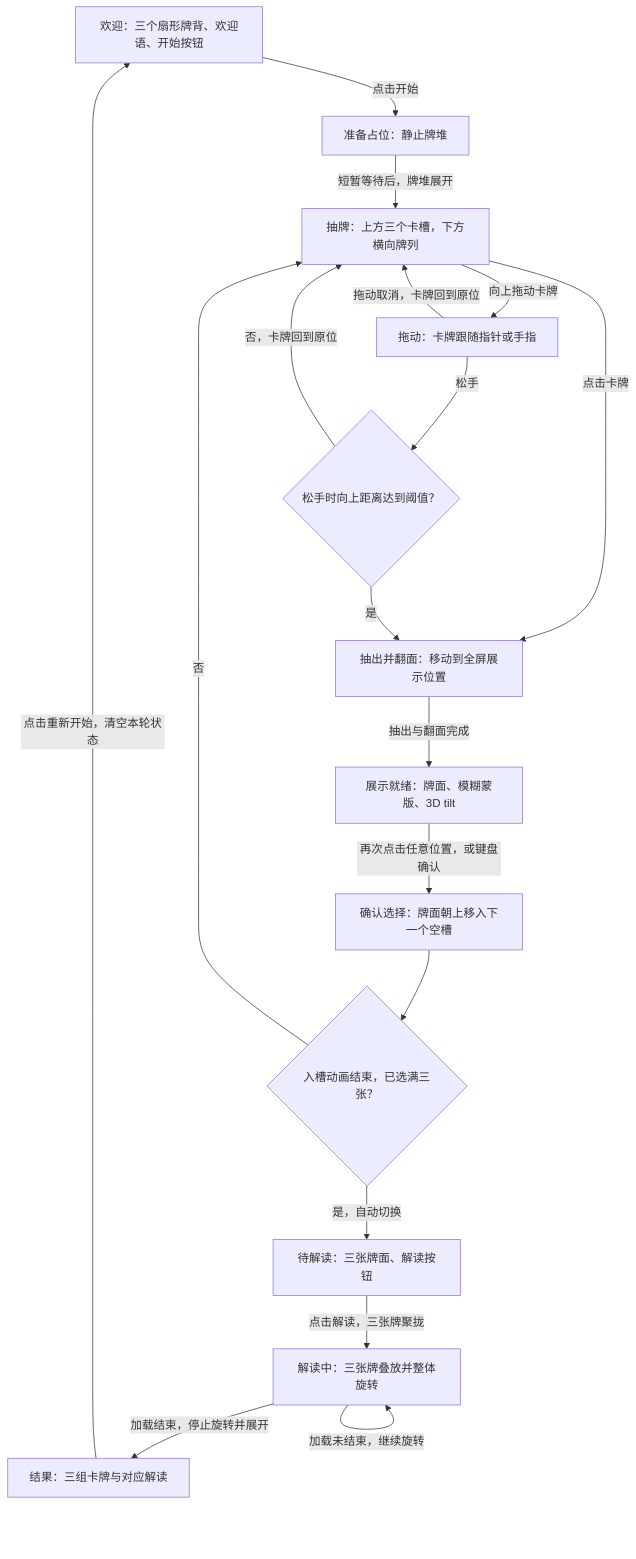
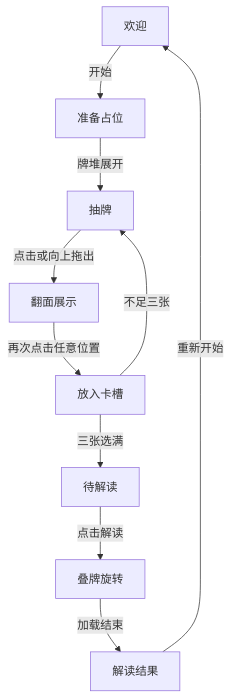
The diagram in src/pages/tarot.spec.md (ziloen/playground-motion), drawn with Mermaid before and after one commit. The commit also changed other lines of this file, not shown here.

````diff
--- a/src/pages/tarot.spec.md
+++ b/src/pages/tarot.spec.md
@@ -25,33 +7,12 @@
 ```mermaid
 flowchart TD
-	Welcome["欢迎：三个扇形牌背、欢迎语、开始按钮"]
-	Prepare["准备占位：静止牌堆"]
-	Draw["抽牌：上方三个卡槽，下方横向牌列"]
-	Drag["拖动：卡牌跟随指针或手指"]
-	Threshold{"松手时向上距离达到阈值？"}
-	Reveal["抽出并翻面：移动到全屏展示位置"]
-	Inspect["展示就绪：牌面、模糊蒙版、3D tilt"]
-	Place["确认选择：牌面朝上移入下一个空槽"]
-	Count{"入槽动画结束，已选满三张？"}
-	Ready["待解读：三张牌面、解读按钮"]
-	Reading["解读中：三张牌叠放并整体旋转"]
-	Result["结果：三组卡牌与对应解读"]
-
-	Welcome -->|点击开始| Prepare
-	Prepare -->|短暂等待后，牌堆展开| Draw
-	Draw -->|点击卡牌| Reveal
-	Draw -->|向上拖动卡牌| Drag
-	Drag -->|松手| Threshold
-	Drag -->|拖动取消，卡牌回到原位| Draw
-	Threshold -->|否，卡牌回到原位| Draw
-	Threshold -->|是| Reveal
-	Reveal -->|抽出与翻面完成| Inspect
-	Inspect -->|再次点击任意位置，或键盘确认| Place
-	Place --> Count
-	Count -->|否| Draw
-	Count -->|是，自动切换| Ready
-	Ready -->|点击解读，三张牌聚拢| Reading
-	Reading -->|加载未结束，继续旋转| Reading
-	Reading -->|加载结束，停止旋转并展开| Result
-	Result -->|点击重新开始，清空本轮状态| Welcome
+	Welcome["欢迎"] -->|开始| Prepare["准备占位"]
+	Prepare -->|牌堆展开| Draw["抽牌"]
+	Draw -->|点击或向上拖出| Display["翻面展示"]
+	Display -->|再次点击任意位置| Place["放入卡槽"]
+	Place -->|不足三张| Draw
+	Place -->|三张选满| Ready["待解读"]
+	Ready -->|点击解读| Reading["叠牌旋转"]
+	Reading -->|加载结束| Result["解读结果"]
+	Result -->|重新开始| Welcome
 ```
````
